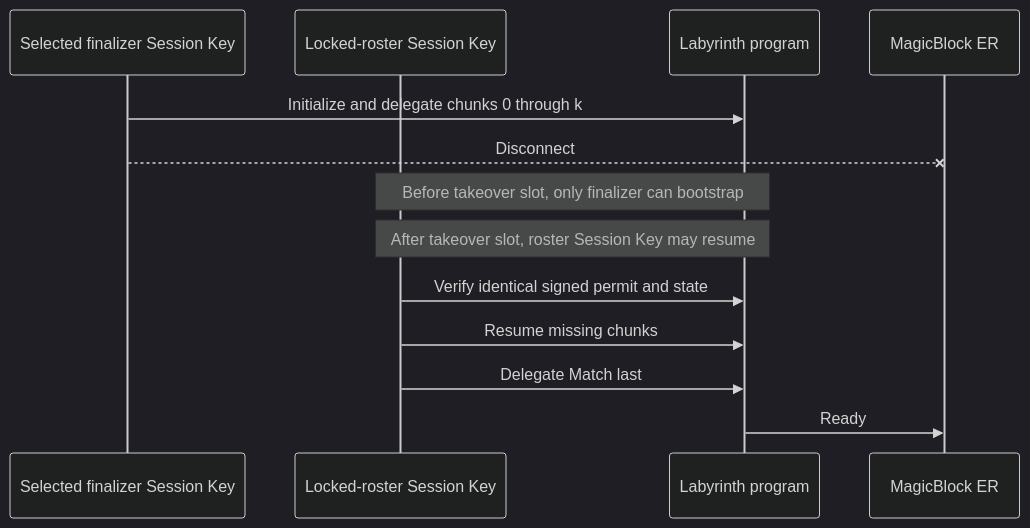
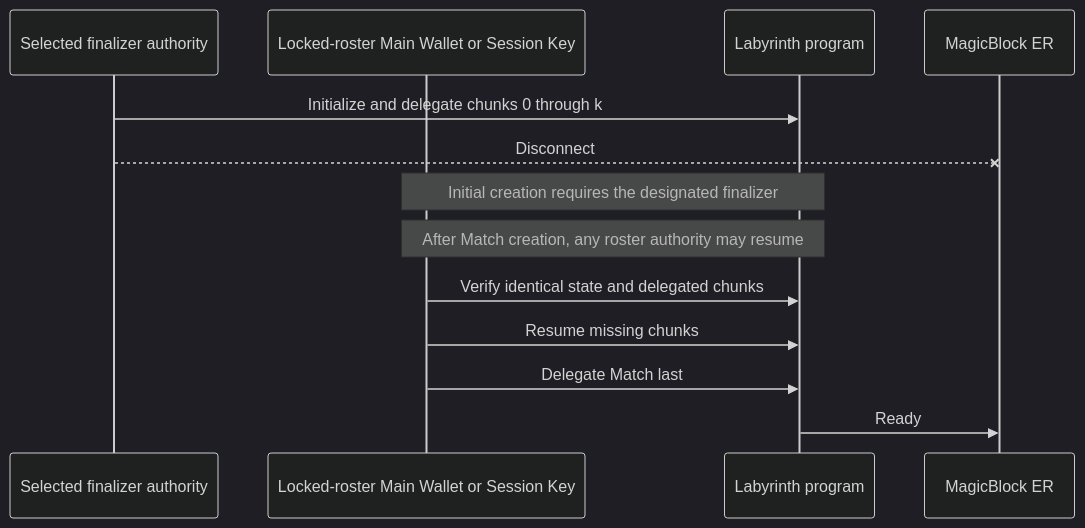
Before and after one commit to SOLZ-FUN/labyrinth_magicblock: the fourth of 4 diagrams in docs/PLAYER_PAID_ER_BOOTSTRAP.md, drawn with Mermaid (dark theme). The commit also changed other lines of this file and 4 other files, not shown here.

````diff
--- a/docs/PLAYER_PAID_ER_BOOTSTRAP.md
+++ b/docs/PLAYER_PAID_ER_BOOTSTRAP.md
@@ -100,15 +103,15 @@
 ```mermaid
 sequenceDiagram
-    participant F as Selected finalizer Session Key
-    participant R as Locked-roster Session Key
+    participant F as Selected finalizer authority
+    participant R as Locked-roster Main Wallet or Session Key
     participant L as Labyrinth program
     participant ER as MagicBlock ER
     F->>L: Initialize and delegate chunks 0 through k
     F--xER: Disconnect
-    Note over R,L: Before takeover slot, only finalizer can bootstrap
-    Note over R,L: After takeover slot, roster Session Key may resume
-    R->>L: Verify identical signed permit and state
+    Note over R,L: Initial creation requires the designated finalizer
+    Note over R,L: After Match creation, any roster authority may resume
+    R->>L: Verify identical state and delegated chunks
     R->>L: Resume missing chunks
     R->>L: Delegate Match last
     L->>ER: Ready
 ```
````
